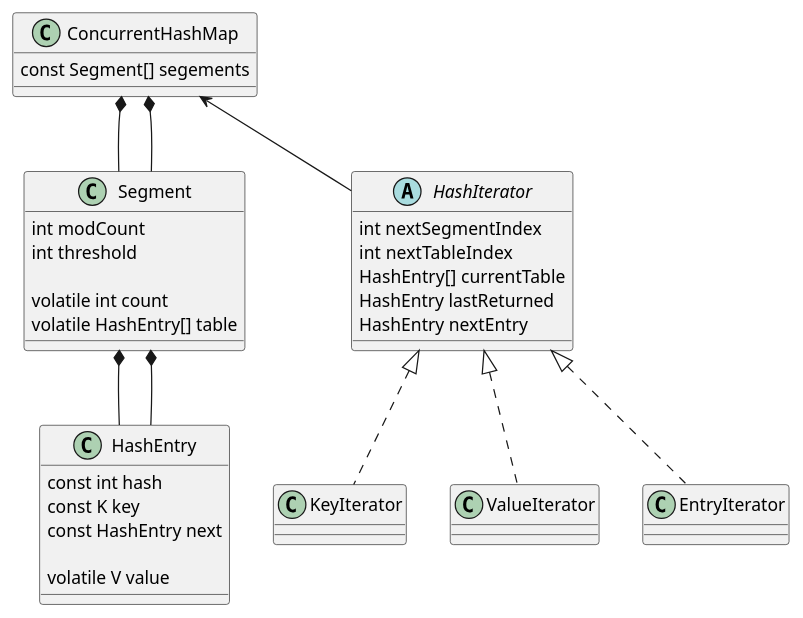
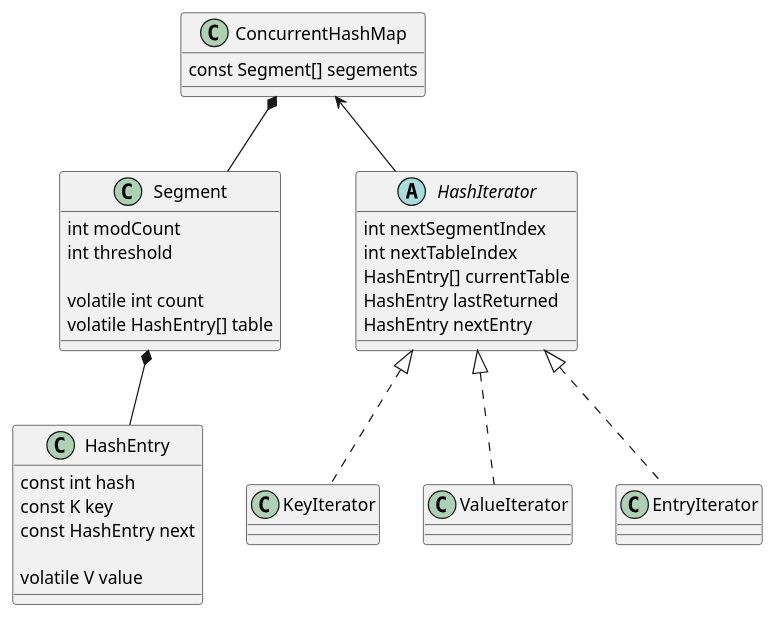
Before and after one commit to dfxyz/notes: the third of 5 diagrams in Java-Map.md, drawn with PlantUML. The commit also changed other lines of this file, not shown here.

````diff
--- a/Java-Map.md
+++ b/Java-Map.md
@@ -59,37 +59,35 @@
 ```plantuml
 @startuml
 class ConcurrentHashMap {
     const Segment[] segements
 }
 class Segment {
     int modCount
     int threshold
 
     volatile int count
     volatile HashEntry[] table
 }
 class HashEntry {
     const int hash
     const K key
     const HashEntry next
 
     volatile V value
 }
 abstract class HashIterator {
     int nextSegmentIndex
     int nextTableIndex
     HashEntry[] currentTable
     HashEntry lastReturned
     HashEntry nextEntry
 }
-ConcurrentHashMap *-- Segment
-Segment *-- HashEntry
 
 ConcurrentHashMap *-- Segment
 Segment *-- HashEntry
 ConcurrentHashMap <-- HashIterator
 HashIterator <|.. KeyIterator
 HashIterator <|.. ValueIterator
 HashIterator <|.. EntryIterator
 @enduml
 ```
````
